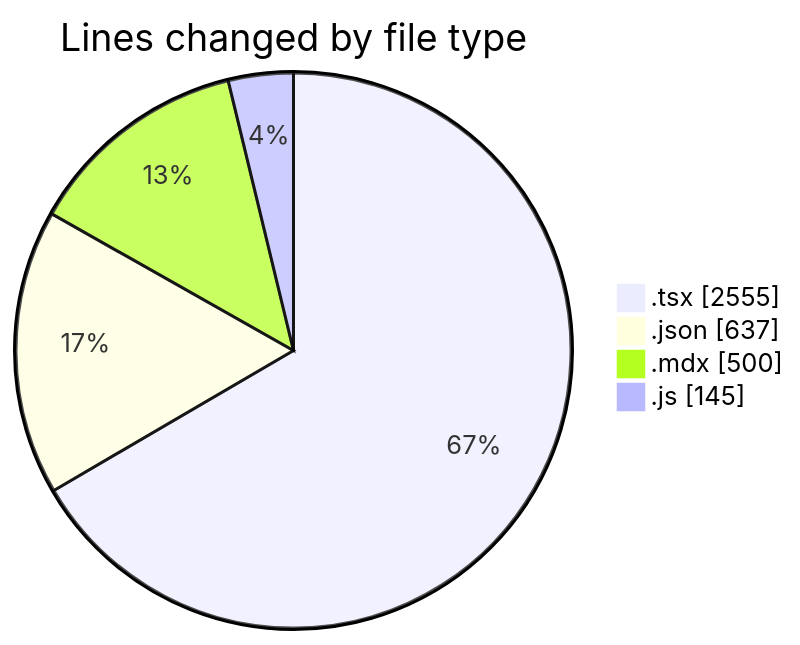
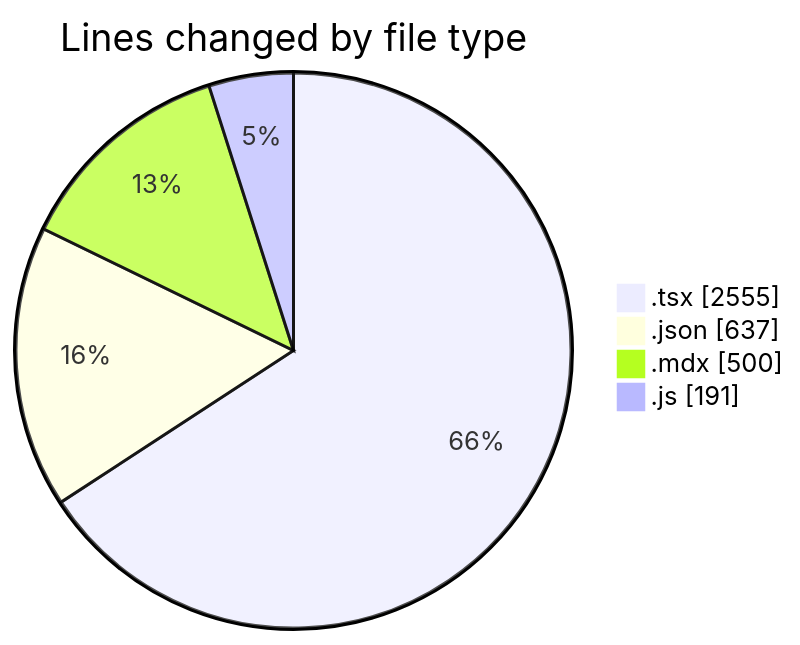
Before and after one commit to momahboobian/code-tracking: the first of 2 diagrams in 2026-01-12/cda/README.md, drawn with Mermaid. The commit also changed other lines of this file and 1 other file, not shown here.

````diff
--- a/2026-01-12/cda/README.md
+++ b/2026-01-12/cda/README.md
@@ -26,8 +27,8 @@
 ```mermaid
 pie showData
 title Lines changed by file type
 ".tsx" : 2555
 ".json" : 637
 ".mdx" : 500
-".js" : 145
+".js" : 191
 ```
````
